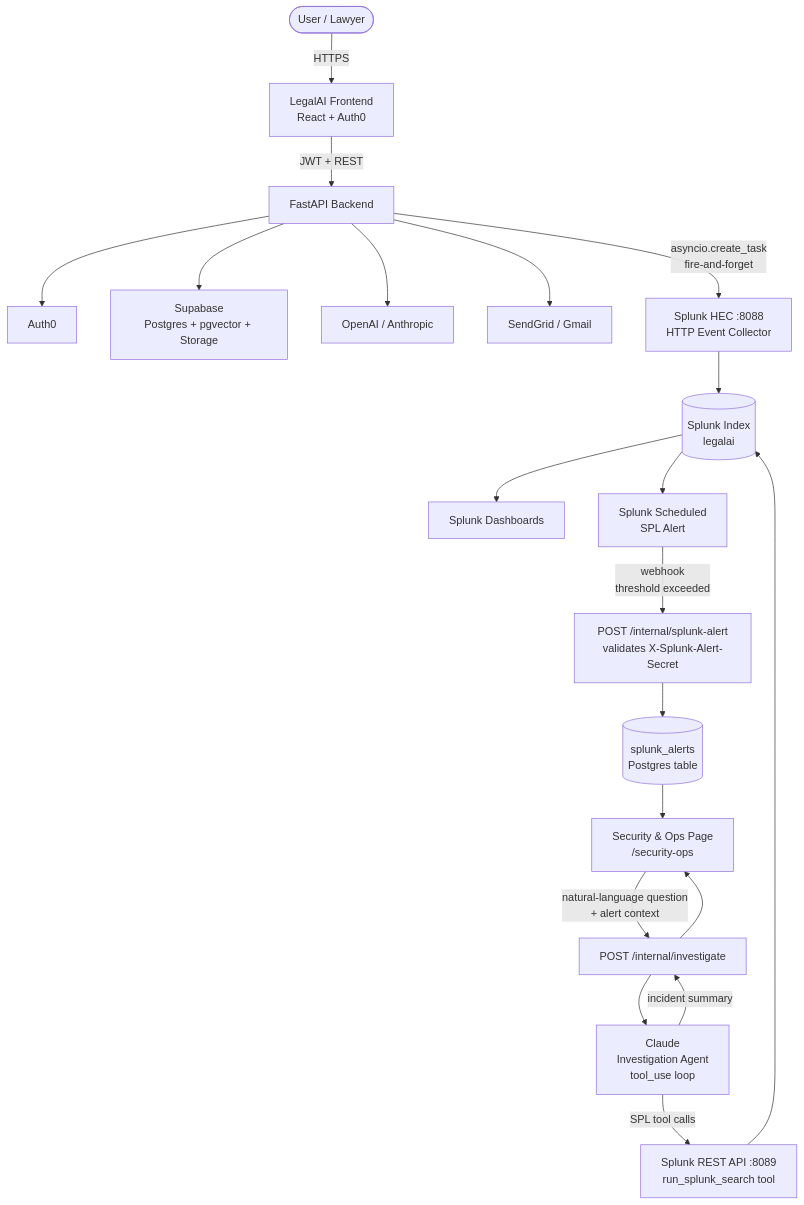
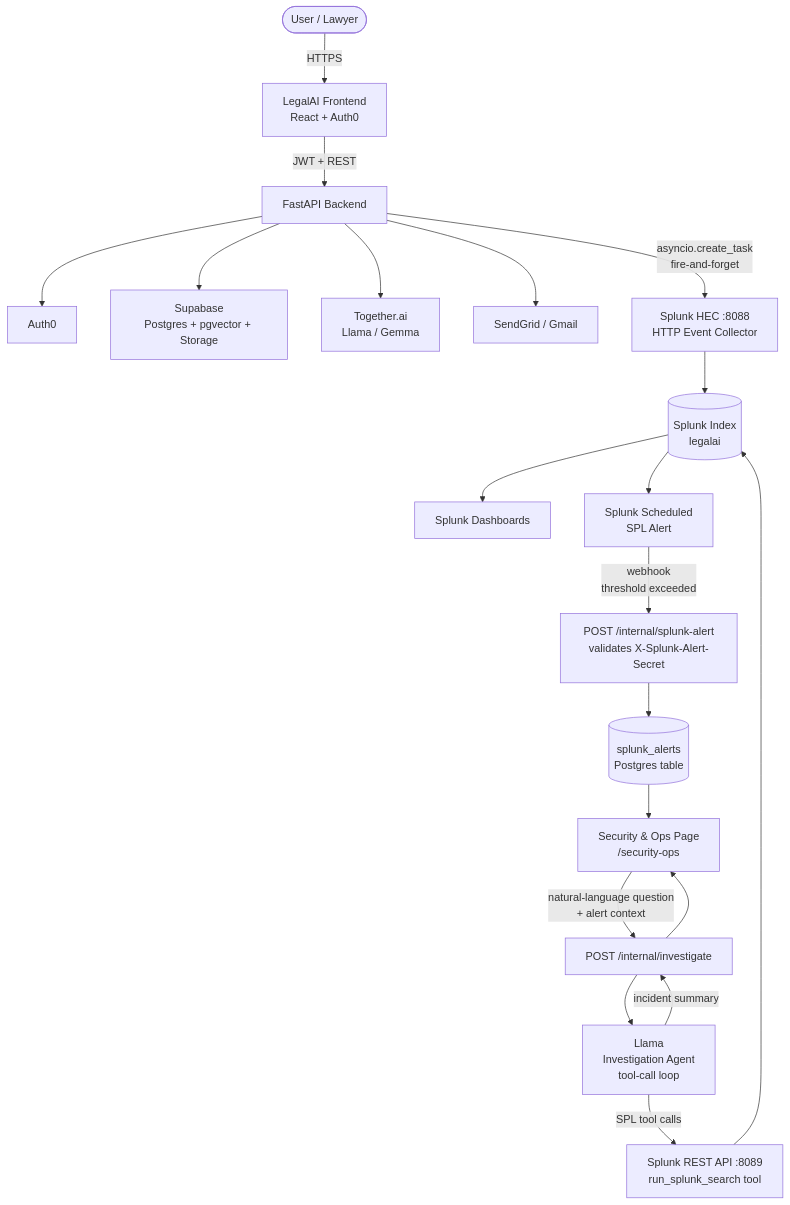
One commit to Hiromichi-1449/LegalAI changed the diagram in docs/splunk_integration.md. Above: the diagram before and after it, drawn with Mermaid. The commit also changed other lines of this file and 17 other files, not shown here.

````diff
--- a/docs/splunk_integration.md
+++ b/docs/splunk_integration.md
@@ -21,46 +21,46 @@
 ```mermaid
 flowchart TD
     User(["User / Lawyer"])
     FE["LegalAI Frontend\nReact + Auth0"]
     BE["FastAPI Backend"]
     Auth0["Auth0"]
     Supabase["Supabase\nPostgres + pgvector + Storage"]
-    LLM["OpenAI / Anthropic"]
+    LLM["Together.ai\nLlama / Gemma"]
     Email["SendGrid / Gmail"]
 
     HEC["Splunk HEC :8088\nHTTP Event Collector"]
     Idx[("Splunk Index\nlegalai")]
     Dash["Splunk Dashboards"]
     SPLAlert["Splunk Scheduled\nSPL Alert"]
 
     Webhook["POST /internal/splunk-alert\nvalidates X-Splunk-Alert-Secret"]
     AlertsDB[("splunk_alerts\nPostgres table")]
     AdminUI["Security & Ops Page\n/security-ops"]
 
     InvestAPI["POST /internal/investigate"]
-    Claude["Claude\nInvestigation Agent\ntool_use loop"]
+    Llama["Llama\nInvestigation Agent\ntool-call loop"]
     SplunkAPI["Splunk REST API :8089\nrun_splunk_search tool"]
 
     User -->|HTTPS| FE
     FE -->|JWT + REST| BE
     BE --> Auth0
     BE --> Supabase
     BE --> LLM
     BE --> Email
 
     BE -->|"asyncio.create_task\nfire-and-forget"| HEC
     HEC --> Idx
     Idx --> Dash
     Idx --> SPLAlert
 
     SPLAlert -->|"webhook\nthreshold exceeded"| Webhook
     Webhook --> AlertsDB
     AlertsDB --> AdminUI
 
     AdminUI -->|"natural-language question\n+ alert context"| InvestAPI
-    InvestAPI --> Claude
-    Claude -->|"SPL tool calls"| SplunkAPI
+    InvestAPI --> Llama
+    Llama -->|"SPL tool calls"| SplunkAPI
     SplunkAPI --> Idx
-    Claude -->|"incident summary"| InvestAPI
+    Llama -->|"incident summary"| InvestAPI
     InvestAPI --> AdminUI
 ```
````
